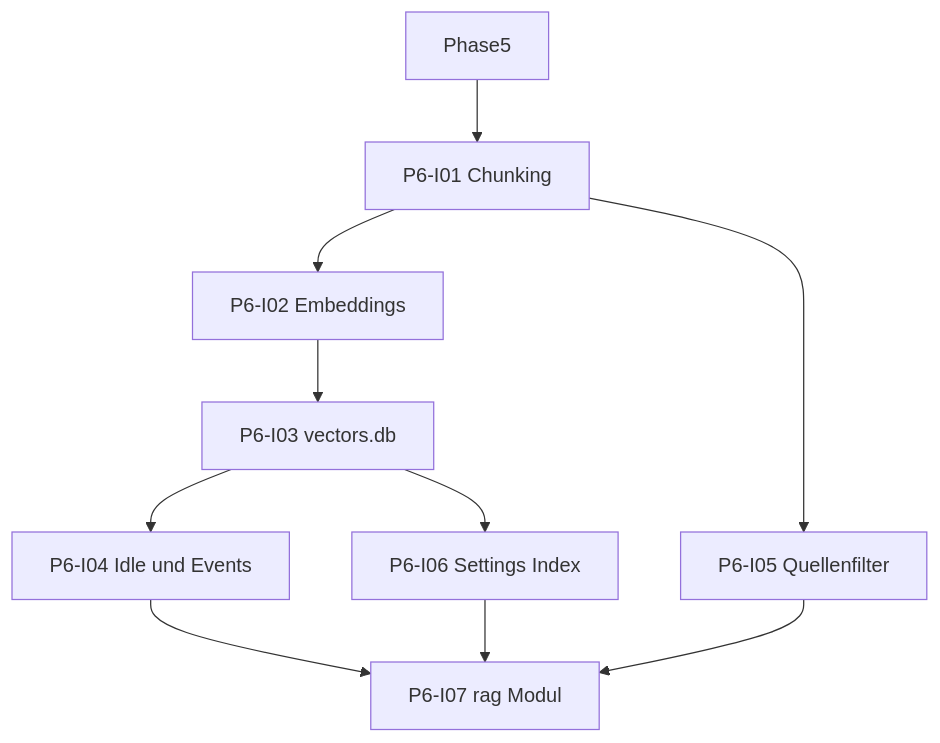
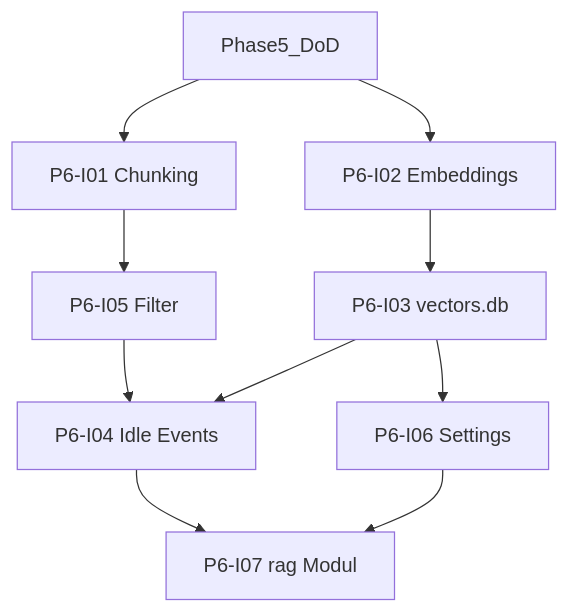
One commit to YannikG/ffhs-gkisw-obsidian-plugin changed the diagram in docs/roadmap/phase-6/README.md. Above: the diagram before and after it, drawn with Mermaid. The commit also changed other lines of this file and 8 other files, not shown here.

````diff
--- a/docs/roadmap/phase-6/README.md
+++ b/docs/roadmap/phase-6/README.md
@@ -22,20 +29,20 @@
 ```mermaid
 flowchart TD
-  P5[Phase5]
+  P5DoD[Phase5_DoD]
   I01[P6-I01 Chunking]
   I02[P6-I02 Embeddings]
   I03[P6-I03 vectors.db]
-  I04[P6-I04 Idle und Events]
-  I05[P6-I05 Quellenfilter]
-  I06[P6-I06 Settings Index]
+  I04[P6-I04 Idle Events]
+  I05[P6-I05 Filter]
+  I06[P6-I06 Settings]
   I07[P6-I07 rag Modul]
-  P5 --> I01
-  I01 --> I02
+  P5DoD --> I01
+  P5DoD --> I02
+  I01 --> I05
   I02 --> I03
   I03 --> I04
-  I01 --> I05
+  I03 --> I06
+  I05 --> I04
   I04 --> I07
-  I05 --> I07
-  I03 --> I06
   I06 --> I07
 ```
````
